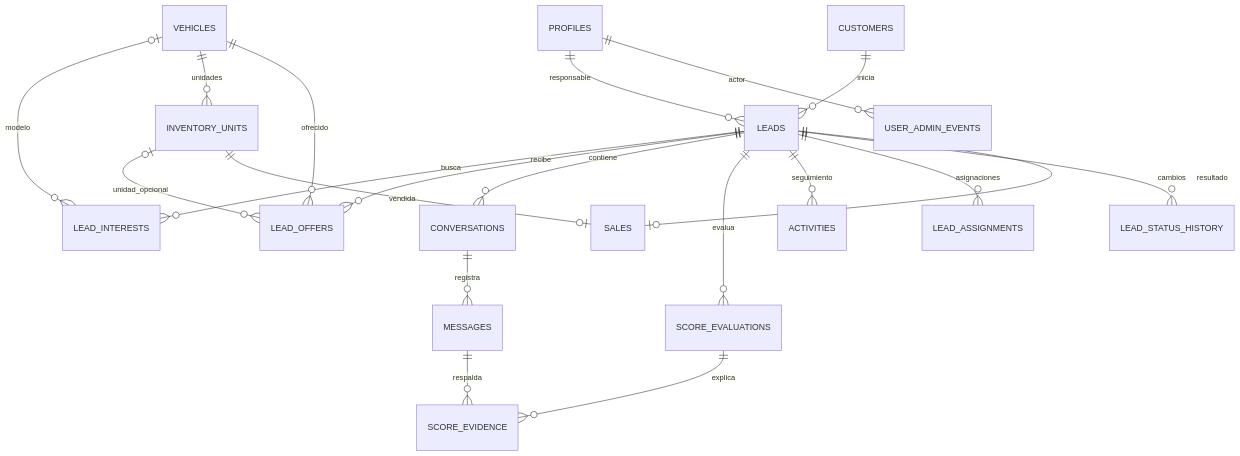
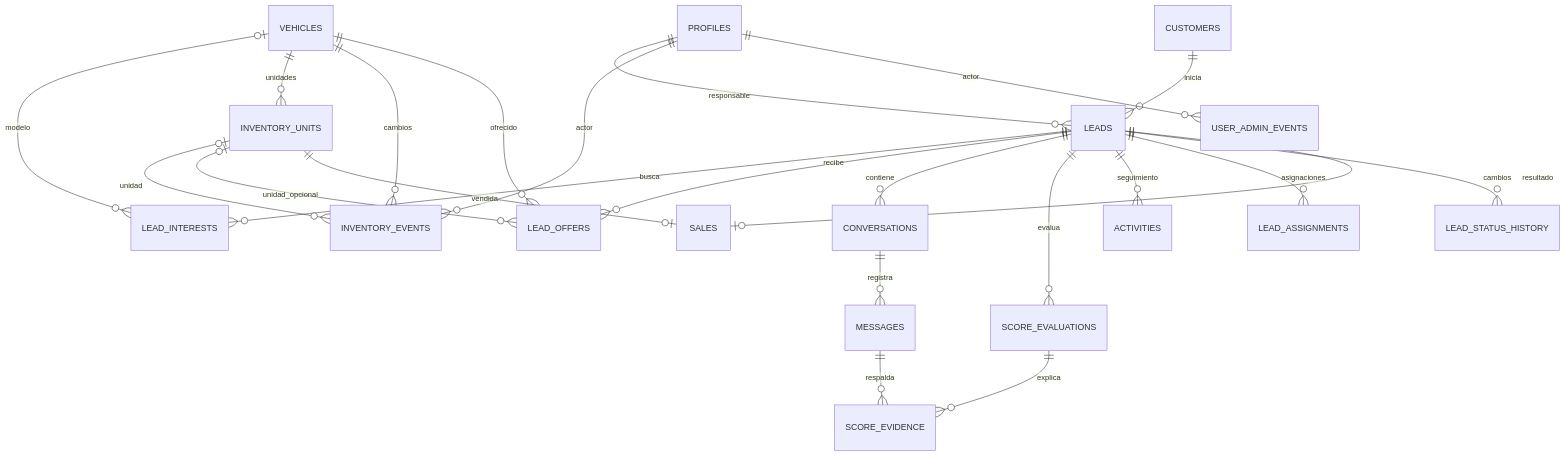
Before and after one commit to diegomendizabal-analyst/PelucarsAgente_WS: the diagram in docs/modelo-de-datos.md, drawn with Mermaid. The commit also changed other lines of this file and 32 other files, not shown here.

````diff
--- a/docs/modelo-de-datos.md
+++ b/docs/modelo-de-datos.md
@@ -34,22 +34,25 @@
 ```mermaid
 erDiagram
     PROFILES ||--o{ LEADS : responsable
     CUSTOMERS ||--o{ LEADS : inicia
     LEADS ||--o{ LEAD_INTERESTS : busca
     VEHICLES o|--o{ LEAD_INTERESTS : modelo
     VEHICLES ||--o{ INVENTORY_UNITS : unidades
+    VEHICLES ||--o{ INVENTORY_EVENTS : cambios
+    INVENTORY_UNITS o|--o{ INVENTORY_EVENTS : unidad
+    PROFILES ||--o{ INVENTORY_EVENTS : actor
     LEADS ||--o{ LEAD_OFFERS : recibe
     VEHICLES ||--o{ LEAD_OFFERS : ofrecido
     INVENTORY_UNITS o|--o{ LEAD_OFFERS : unidad_opcional
     LEADS ||--o{ CONVERSATIONS : contiene
     CONVERSATIONS ||--o{ MESSAGES : registra
     LEADS ||--o{ SCORE_EVALUATIONS : evalua
     SCORE_EVALUATIONS ||--o{ SCORE_EVIDENCE : explica
     MESSAGES ||--o{ SCORE_EVIDENCE : respalda
     LEADS ||--o{ ACTIVITIES : seguimiento
     LEADS ||--o{ LEAD_ASSIGNMENTS : asignaciones
     LEADS ||--o{ LEAD_STATUS_HISTORY : cambios
     LEADS ||--o| SALES : resultado
     INVENTORY_UNITS ||--o| SALES : vendida
     PROFILES ||--o{ USER_ADMIN_EVENTS : actor
 ```
````
